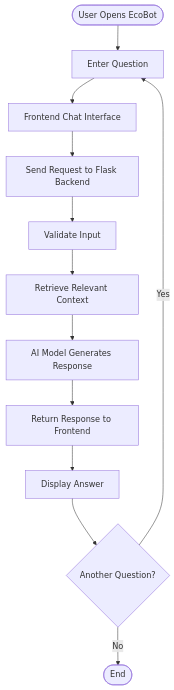
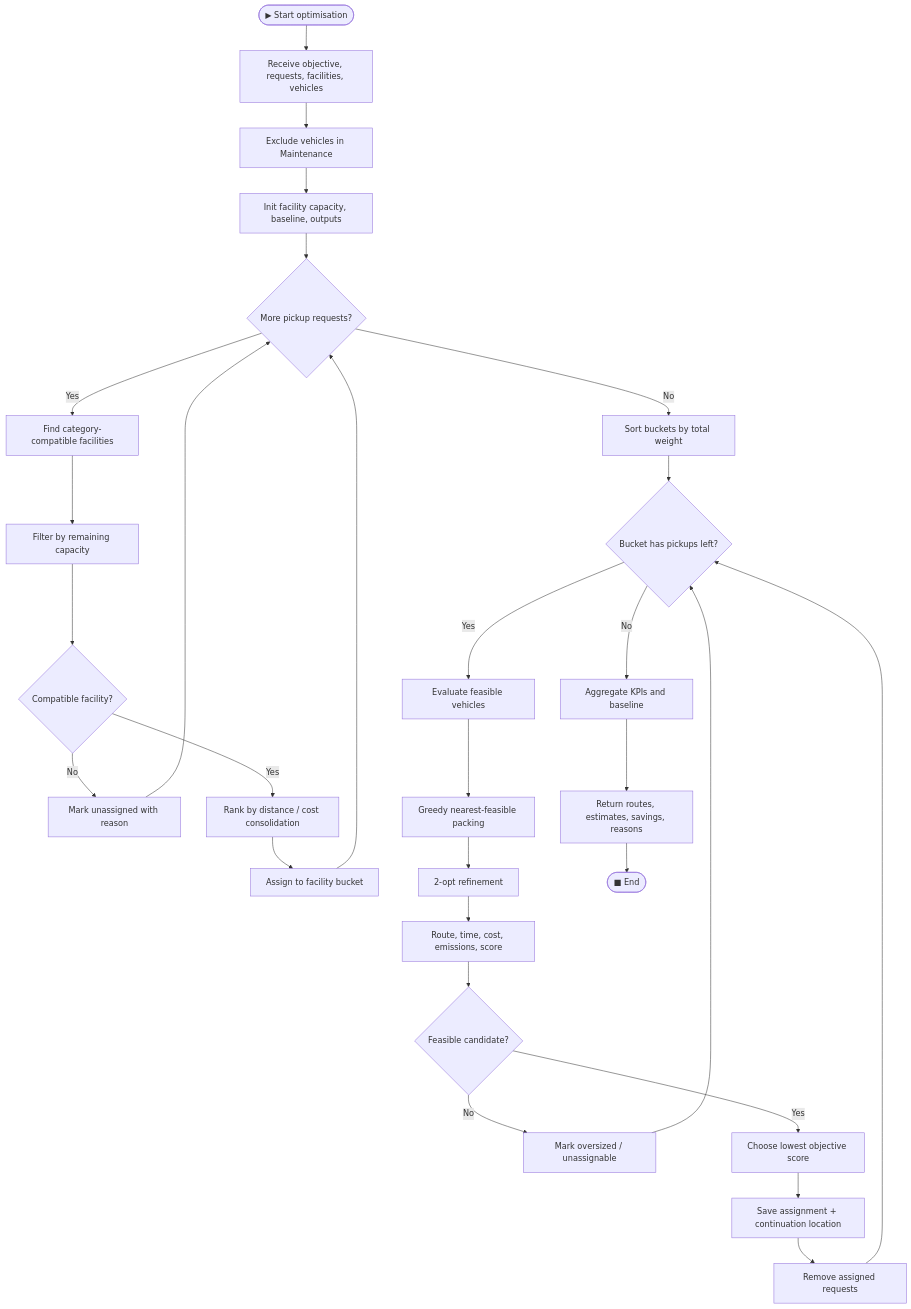
One commit to raunakcse25-star/reboot-earth-e-waste-optimizer changed the fourth of 8 diagrams in README.md. Above: the diagram before and after it, drawn with Mermaid. The commit also changed other lines of this file, not shown here.

````diff
--- a/README.md
+++ b/README.md
@@ -287,14 +316,31 @@
 ```mermaid
 flowchart TD
-    A([User Opens EcoBot]) --> B[Enter Question]
-    B --> C[Frontend Chat Interface]
-    C --> D[Send Request to Flask Backend]
-    D --> E[Validate Input]
-    E --> F[Retrieve Relevant Context]
-    F --> G[AI Model Generates Response]
-    G --> H[Return Response to Frontend]
-    H --> I[Display Answer]
-    I --> J{Another Question?}
-    J -->|Yes| B
-    J -->|No| K([End])
+    A([▶ Start optimisation]) --> B[Receive objective, requests, facilities, vehicles]
+    B --> C[Exclude vehicles in Maintenance]
+    C --> D[Init facility capacity, baseline, outputs]
+    D --> E{More pickup requests?}
+    E -- Yes --> F[Find category-compatible facilities]
+    F --> G[Filter by remaining capacity]
+    G --> H{Compatible facility?}
+    H -- No --> I[Mark unassigned with reason]
+    H -- Yes --> J[Rank by distance / cost consolidation]
+    J --> K[Assign to facility bucket]
+    I --> E
+    K --> E
+    E -- No --> L[Sort buckets by total weight]
+    L --> M{Bucket has pickups left?}
+    M -- No --> N[Aggregate KPIs and baseline]
+    M -- Yes --> O[Evaluate feasible vehicles]
+    O --> P[Greedy nearest-feasible packing]
+    P --> Q[2-opt refinement]
+    Q --> R[Route, time, cost, emissions, score]
+    R --> S{Feasible candidate?}
+    S -- No --> T[Mark oversized / unassignable]
+    S -- Yes --> U[Choose lowest objective score]
+    U --> V[Save assignment + continuation location]
+    V --> W[Remove assigned requests]
+    T --> M
+    W --> M
+    N --> X[Return routes, estimates, savings, reasons]
+    X --> Y([■ End])
 ```
````
